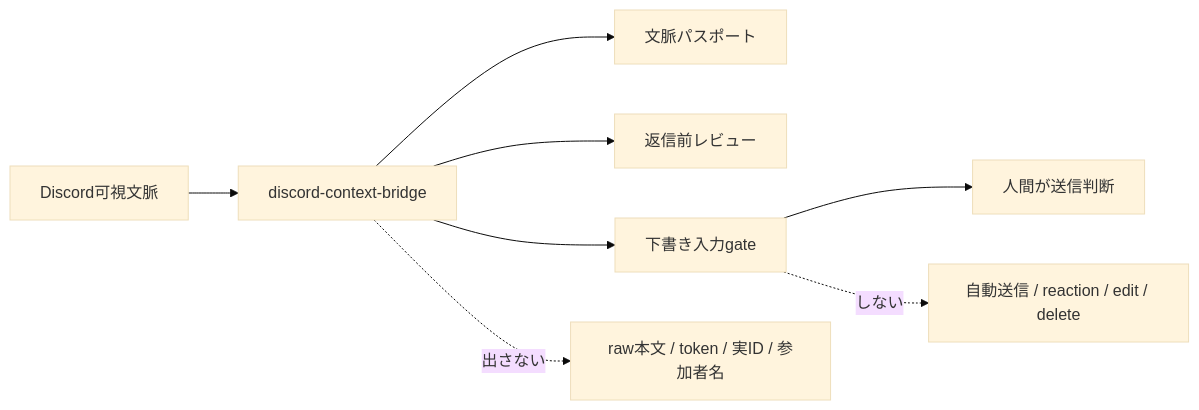
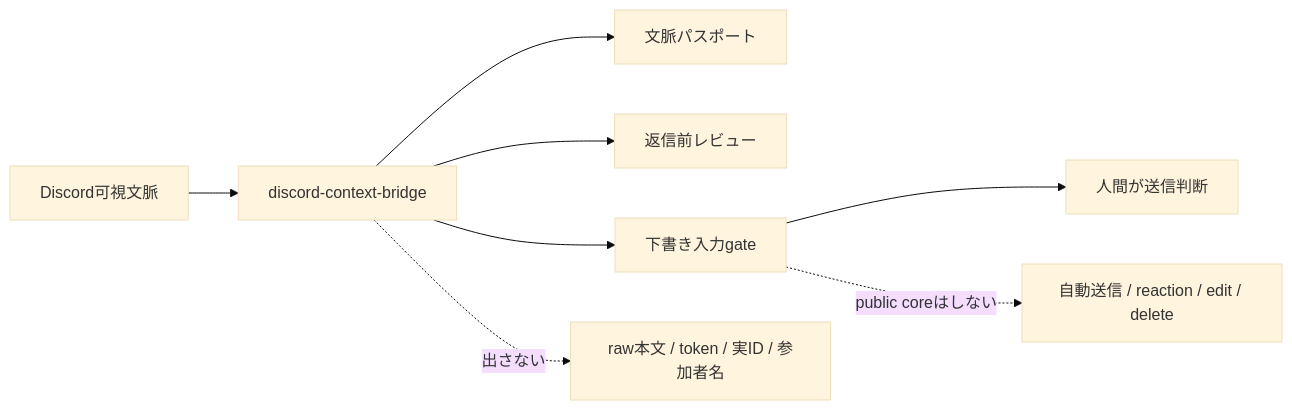
The first of 2 diagrams in README.md (nexus-ai-2045/discord-context-bridge), drawn with Mermaid (base theme) before and after one commit. The commit also changed other lines of this file and 25 other files, not shown here.

````diff
--- a/README.md
+++ b/README.md
@@ -27,11 +28,11 @@
 ```mermaid
 flowchart LR
   input["Discord可視文脈"] --> bridge["discord-context-bridge"]
   bridge --> passport["文脈パスポート"]
   bridge --> review["返信前レビュー"]
   bridge --> stage["下書き入力gate"]
   stage --> human["人間が送信判断"]
 
   bridge -. "出さない" .-> raw["raw本文 / token / 実ID / 参加者名"]
-  stage -. "しない" .-> send["自動送信 / reaction / edit / delete"]
+  stage -. "public coreはしない" .-> send["自動送信 / reaction / edit / delete"]
 ```
````
